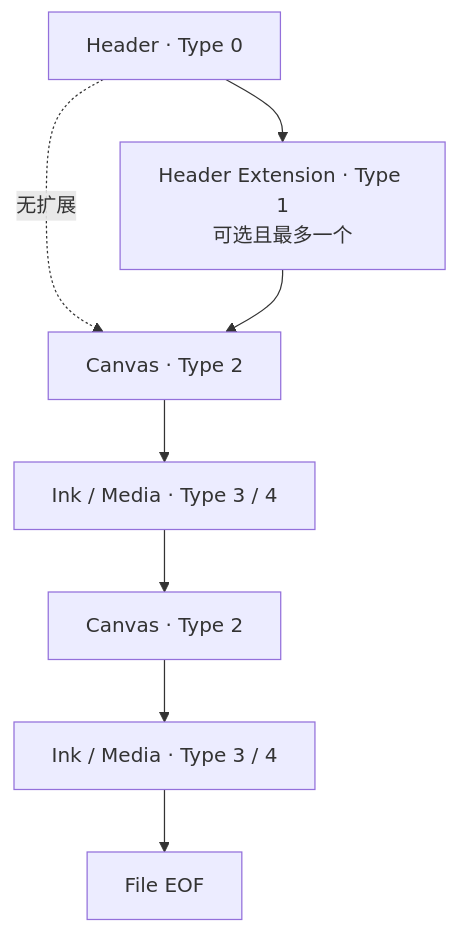
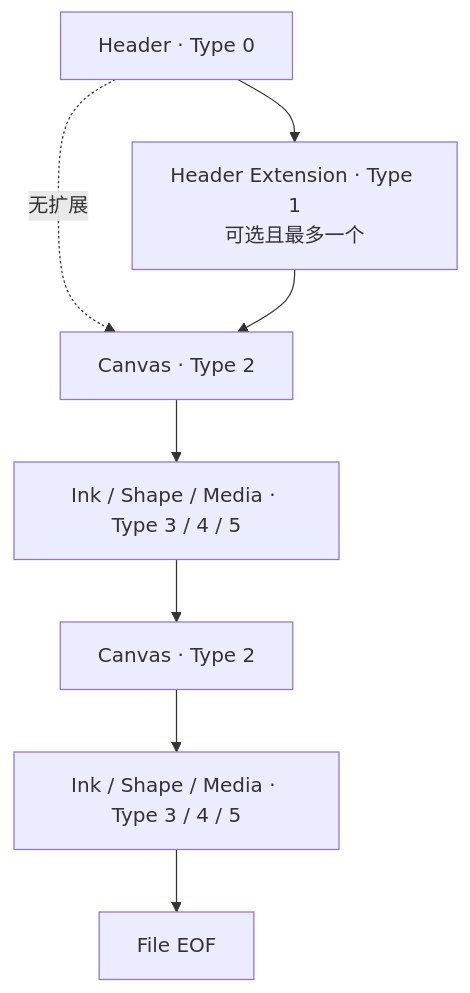
The diagram in docs/standard/file/main.md (Alan-CRL/inkeys.top), drawn with Mermaid before and after one commit. The commit also changed other lines of this file and 17 other files, not shown here.

````diff
--- a/docs/standard/file/main.md
+++ b/docs/standard/file/main.md
@@ -9,10 +9,10 @@
 ```mermaid
 flowchart TB
   H["Header · Type 0"] --> HE["Header Extension · Type 1<br/>可选且最多一个"]
   H -. "无扩展" .-> C1
   HE --> C1["Canvas · Type 2"]
-  C1 --> B1["Ink / Media · Type 3 / 4"]
+  C1 --> B1["Ink / Shape / Media · Type 3 / 4 / 5"]
   B1 --> C2["Canvas · Type 2"]
-  C2 --> B2["Ink / Media · Type 3 / 4"]
+  C2 --> B2["Ink / Shape / Media · Type 3 / 4 / 5"]
   B2 --> EOF["File EOF"]
 ```
````
